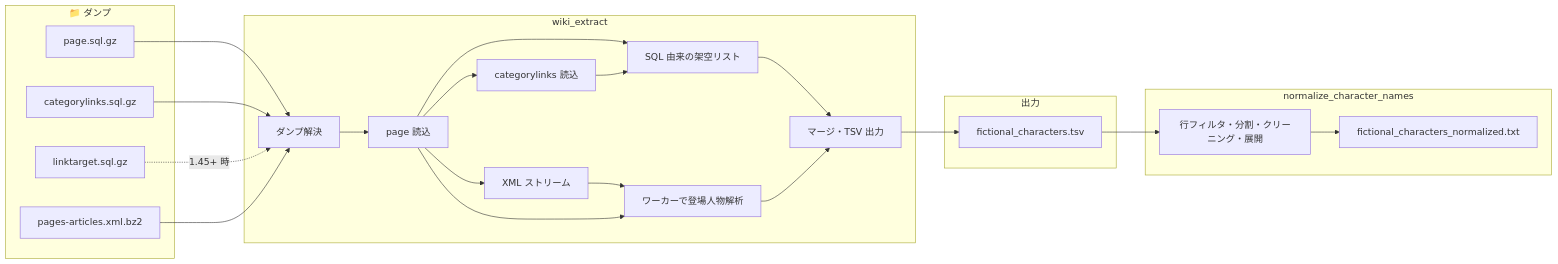
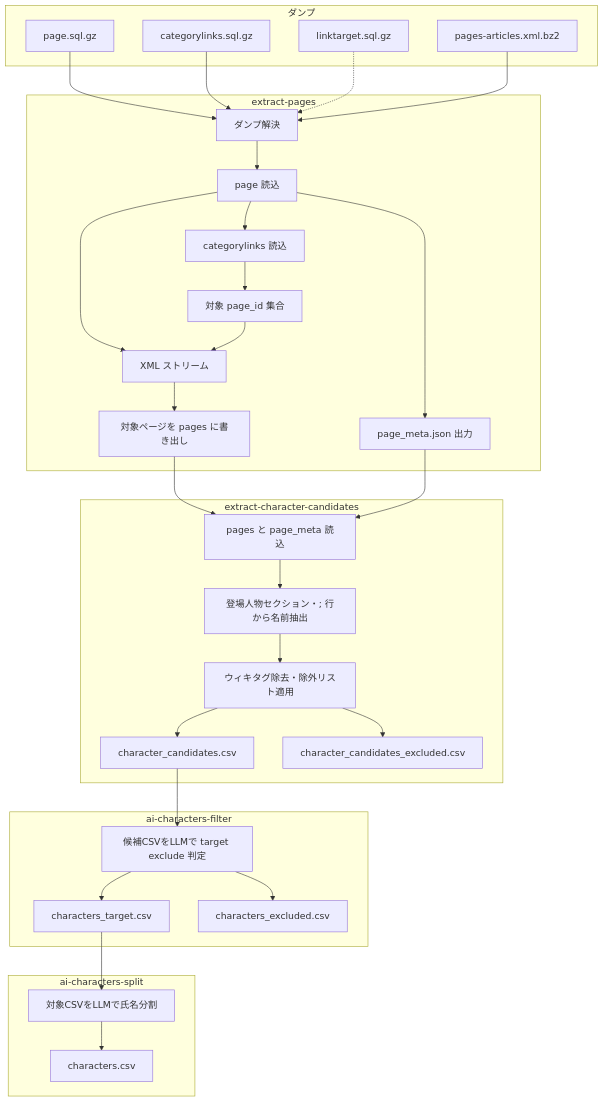
The first of 4 diagrams in docs/DETAIL_ja.md (version0-1/wiki-extract), drawn with Mermaid before and after one commit. The commit also changed other lines of this file and 70 other files, not shown here.

````diff
--- a/docs/DETAIL_ja.md
+++ b/docs/DETAIL_ja.md
@@ -9,45 +9,61 @@
 ```mermaid
-flowchart LR
-  subgraph 入力["📁 ダンプ"]
+flowchart TB
+  subgraph dumps["ダンプ"]
     A1[page.sql.gz]
     A2[categorylinks.sql.gz]
     A3[linktarget.sql.gz]
     A4[pages-articles.xml.bz2]
   end
 
-  subgraph 抽出["wiki_extract"]
+  subgraph extract["extract-pages"]
     B1[ダンプ解決]
     B2[page 読込]
     B3[categorylinks 読込]
-    B4[SQL 由来の架空リスト]
+    B4[対象 page_id 集合]
     B5[XML ストリーム]
-    B6[ワーカーで登場人物解析]
-    B7[マージ・TSV 出力]
+    B6[対象ページを pages に書き出し]
+    B7[page_meta.json 出力]
   end
 
-  subgraph 出力1["出力"]
-    C1[fictional_characters.tsv]
+  subgraph candidates["extract-character-candidates"]
+    C1[pages と page_meta 読込]
+    C2[登場人物セクション・; 行から名前抽出]
+    C3[ウィキタグ除去・除外リスト適用]
+    C4[character_candidates.csv]
+    C5[character_candidates_excluded.csv]
   end
 
-  subgraph 正規化["normalize_character_names"]
-    D1[行フィルタ・分割・クリーニング・展開]
-    D2[fictional_characters_normalized.txt]
+  subgraph aifilter["ai-characters-filter"]
+    D1[候補CSVをLLMで target exclude 判定]
+    D2[characters_target.csv]
+    D3[characters_excluded.csv]
+  end
+
+  subgraph aisplit["ai-characters-split"]
+    E1[対象CSVをLLMで氏名分割]
+    E2[characters.csv]
   end
 
   A1 --> B1
   A2 --> B1
-  A3 -.->|1.45+ 時| B1
+  A3 -.-> B1
   A4 --> B1
   B1 --> B2
   B2 --> B3
-  B2 --> B4
   B3 --> B4
   B2 --> B5
+  B4 --> B5
   B5 --> B6
-  B2 --> B6
-  B4 --> B7
-  B6 --> B7
+  B2 --> B7
+  B6 --> C1
   B7 --> C1
-  C1 --> D1
+  C1 --> C2
+  C2 --> C3
+  C3 --> C4
+  C3 --> C5
+  C4 --> D1
   D1 --> D2
+  D1 --> D3
+  D2 --> E1
+  E1 --> E2
 ```
````
